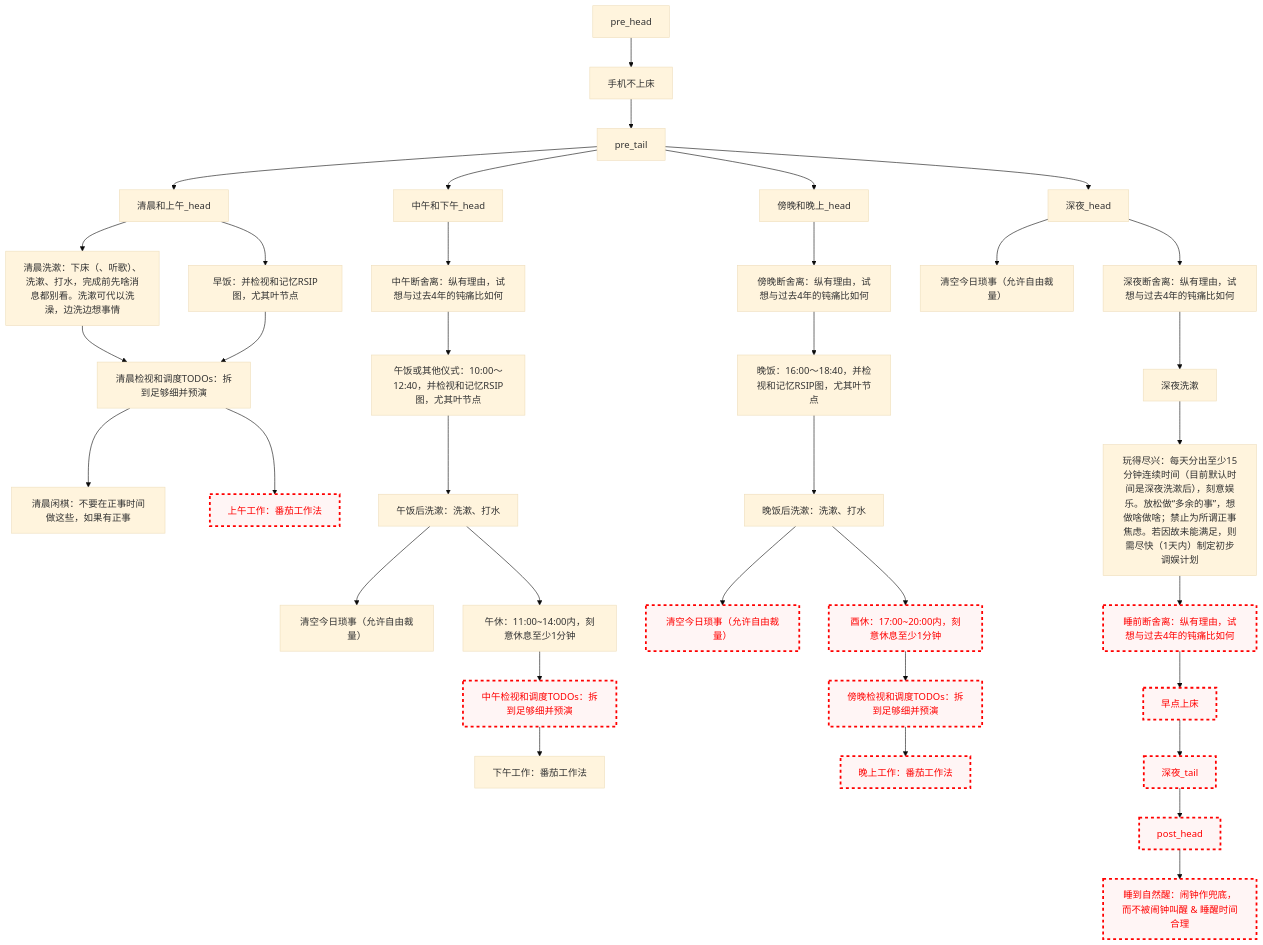
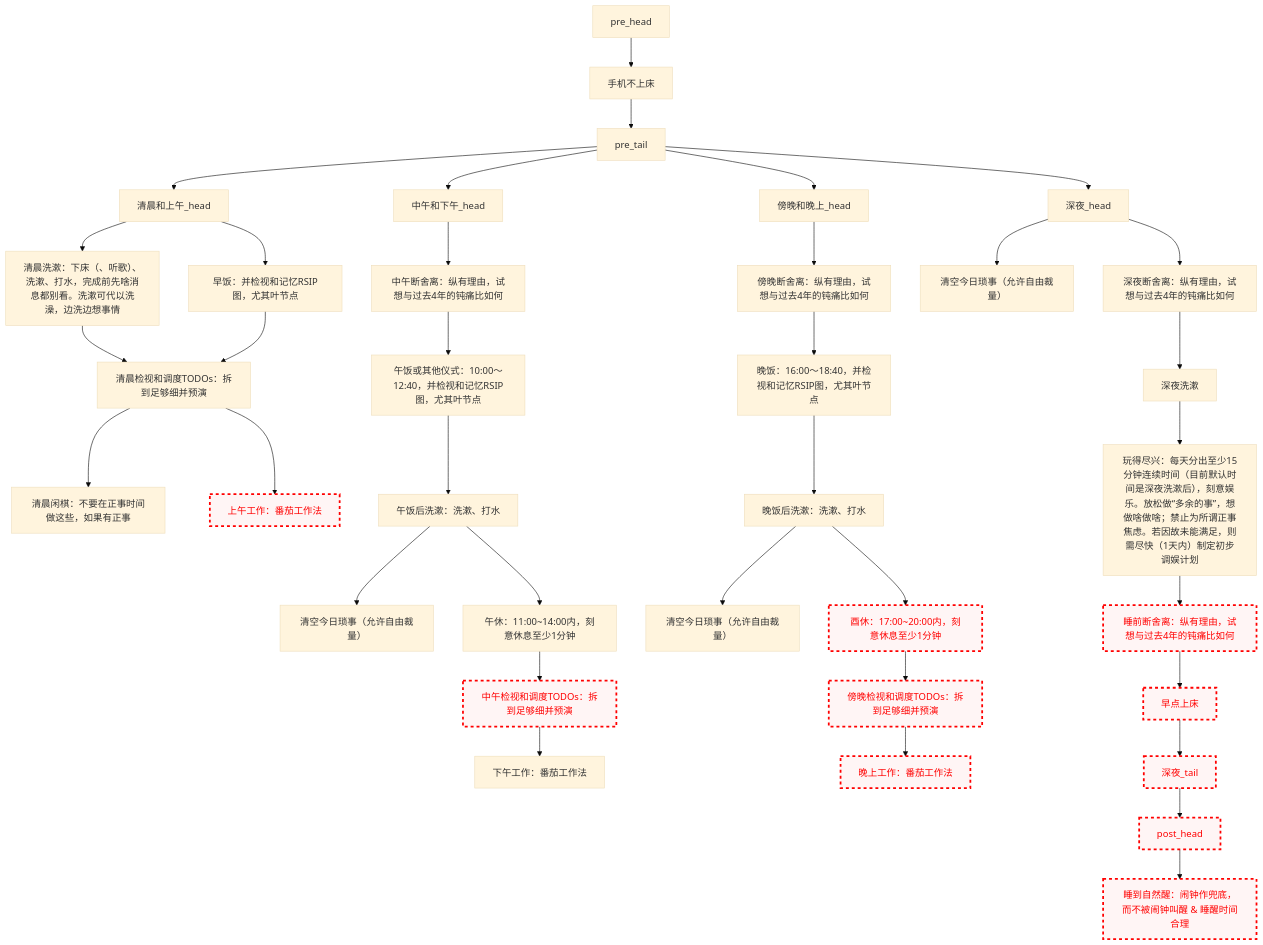
One commit to Ethkuil/RSIP-tree changed the diagram in README.md. Above: the diagram before and after it, drawn with Mermaid (base theme).

Commit message:
enable 傍晚今日琐事

````diff
--- a/README.md
+++ b/README.md
@@ -21,59 +21,58 @@
 ```mermaid
 graph TD
 
 classDef failed stroke:#ff0000, stroke-width:3px, color:#ff0000, fill:#fff5f5, stroke-dasharray: 5
 
 pre_head --> 手机不上床
 手机不上床 --> pre_tail
 
 
 pre_tail --> 清晨和上午_head
 清晨和上午_head --> 清晨洗漱[清晨洗漱：下床（、听歌）、洗漱、打水，完成前先啥消息都别看。洗漱可代以洗澡，边洗边想事情]
 清晨和上午_head --> 早饭[早饭：并检视和记忆RSIP图，尤其叶节点]
 清晨洗漱 --> 清晨看TODO[清晨检视和调度TODOs：拆到足够细并预演]
 早饭 --> 清晨看TODO
 清晨看TODO --> 清晨闲棋[清晨闲棋：不要在正事时间做这些，如果有正事]
 清晨看TODO --> 上午工作[上午工作：番茄工作法]
 class 上午工作 failed
 
 pre_tail --> 中午和下午_head
 中午和下午_head --> 中午断舍离[中午断舍离：纵有理由，试想与过去4年的钝痛比如何]
 中午断舍离 --> 午饭[午饭或其他仪式：10:00～12:40，并检视和记忆RSIP图，尤其叶节点]
 午饭 --> 午饭后洗漱[午饭后洗漱：洗漱、打水]
 午饭后洗漱 --> 中午今日琐事[清空今日琐事（允许自由裁量）]
 午饭后洗漱 --> 午休[午休：11:00~14:00内，刻意休息至少1分钟]
 午休 --> 中午看TODO[中午检视和调度TODOs：拆到足够细并预演]
 class 中午看TODO failed
 中午看TODO --> 下午工作[下午工作：番茄工作法]
 
 pre_tail --> 傍晚和晚上_head
 傍晚和晚上_head --> 傍晚断舍离[傍晚断舍离：纵有理由，试想与过去4年的钝痛比如何]
 傍晚断舍离 --> 晚饭[晚饭：16:00～18:40，并检视和记忆RSIP图，尤其叶节点]
 晚饭 --> 晚饭后洗漱[晚饭后洗漱：洗漱、打水]
 晚饭后洗漱 --> 傍晚今日琐事[清空今日琐事（允许自由裁量）]
-class 傍晚今日琐事 failed
 晚饭后洗漱 --> 酉休[酉休：17:00~20:00内，刻意休息至少1分钟]
 class 酉休 failed
 酉休 --> 傍晚看TODO[傍晚检视和调度TODOs：拆到足够细并预演]
 class 傍晚看TODO failed
 傍晚看TODO --> 晚上工作[晚上工作：番茄工作法]
 class 晚上工作 failed
 
 pre_tail --> 深夜_head
 深夜_head --> 深夜今日琐事[清空今日琐事（允许自由裁量）]
 深夜_head --> 深夜断舍离[深夜断舍离：纵有理由，试想与过去4年的钝痛比如何]
 深夜断舍离 --> 深夜洗漱
 深夜洗漱 --> 玩得尽兴[玩得尽兴：每天分出至少15分钟连续时间（目前默认时间是深夜洗漱后），刻意娱乐。放松做“多余的事”，想做啥做啥；禁止为所谓正事焦虑。若因故未能满足，则需尽快（1天内）制定初步调娱计划]
 玩得尽兴 --> 睡前断舍离[睡前断舍离：纵有理由，试想与过去4年的钝痛比如何]
 class 睡前断舍离 failed
 睡前断舍离 --> 早点上床
 class 早点上床 failed
 早点上床 --> 深夜_tail
 class 深夜_tail failed
 
 
 深夜_tail --> post_head
 class post_head failed
 post_head --> 睡到自然醒[睡到自然醒：闹钟作兜底，而不被闹钟叫醒 & 睡醒时间合理]
 class 睡到自然醒 failed
 ```
````
